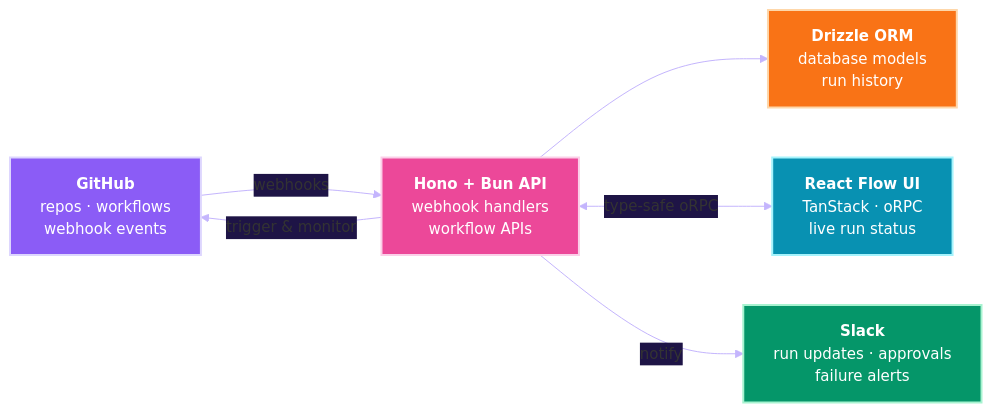
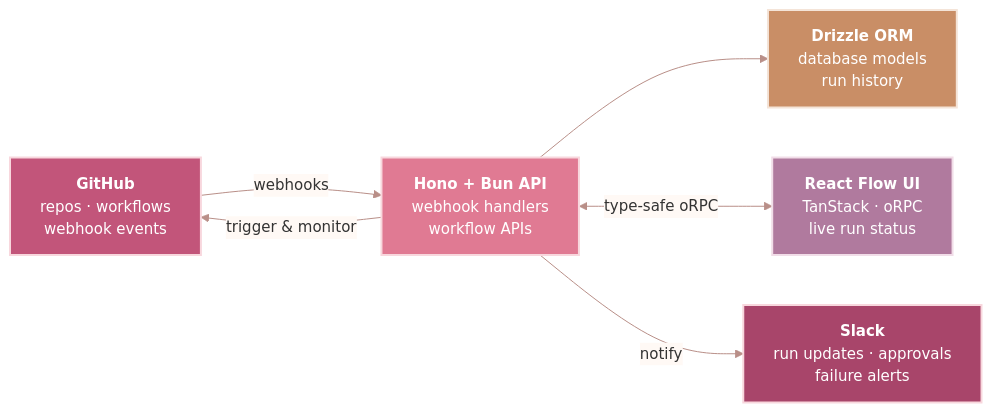
One commit to itzzshut/itzzshut changed the first of 5 diagrams in README.md. Above: the diagram before and after it, drawn with Mermaid. The commit also changed other lines of this file and 7 other files, not shown here.

````diff
--- a/README.md
+++ b/README.md
@@ -59,26 +66,26 @@
 ```mermaid
-%%{init: {"theme":"base","themeVariables":{"lineColor":"#C4B5FD","edgeLabelBackground":"#1E1446","fontSize":"15px"}}}%%
+%%{init: {"theme":"base","themeVariables":{"lineColor":"#B98F88","edgeLabelBackground":"#FFF9F5","fontSize":"15px"}}}%%
 graph LR
     A["<b>GitHub</b><br/>repos · workflows<br/>webhook events"]
     B["<b>Hono + Bun API</b><br/>webhook handlers<br/>workflow APIs"]
     C["<b>Drizzle ORM</b><br/>database models<br/>run history"]
     D["<b>React Flow UI</b><br/>TanStack · oRPC<br/>live run status"]
     E["<b>Slack</b><br/>run updates · approvals<br/>failure alerts"]
 
     A -->|webhooks| B
     B -->|trigger & monitor| A
     B --> C
     B <-->|type-safe oRPC| D
     B -->|notify| E
 
-    classDef gh fill:#8B5CF6,stroke:#DDD6FE,stroke-width:2px,color:#FFFFFF
-    classDef api fill:#EC4899,stroke:#FBCFE8,stroke-width:2px,color:#FFFFFF
-    classDef db fill:#F97316,stroke:#FED7AA,stroke-width:2px,color:#FFFFFF
-    classDef ui fill:#0891B2,stroke:#A5F3FC,stroke-width:2px,color:#FFFFFF
-    classDef slack fill:#059669,stroke:#A7F3D0,stroke-width:2px,color:#FFFFFF
+    classDef gh fill:#C2557A,stroke:#F8D7DD,stroke-width:2px,color:#FFFFFF
+    classDef api fill:#E07A93,stroke:#F8D7DD,stroke-width:2px,color:#FFFFFF
+    classDef db fill:#C98E66,stroke:#F4E4D8,stroke-width:2px,color:#FFFFFF
+    classDef ui fill:#B07A9E,stroke:#F1DDE8,stroke-width:2px,color:#FFFFFF
+    classDef slack fill:#A8456A,stroke:#F8D7DD,stroke-width:2px,color:#FFFFFF
     class A gh
     class B api
     class C db
     class D ui
     class E slack
 ```
````
